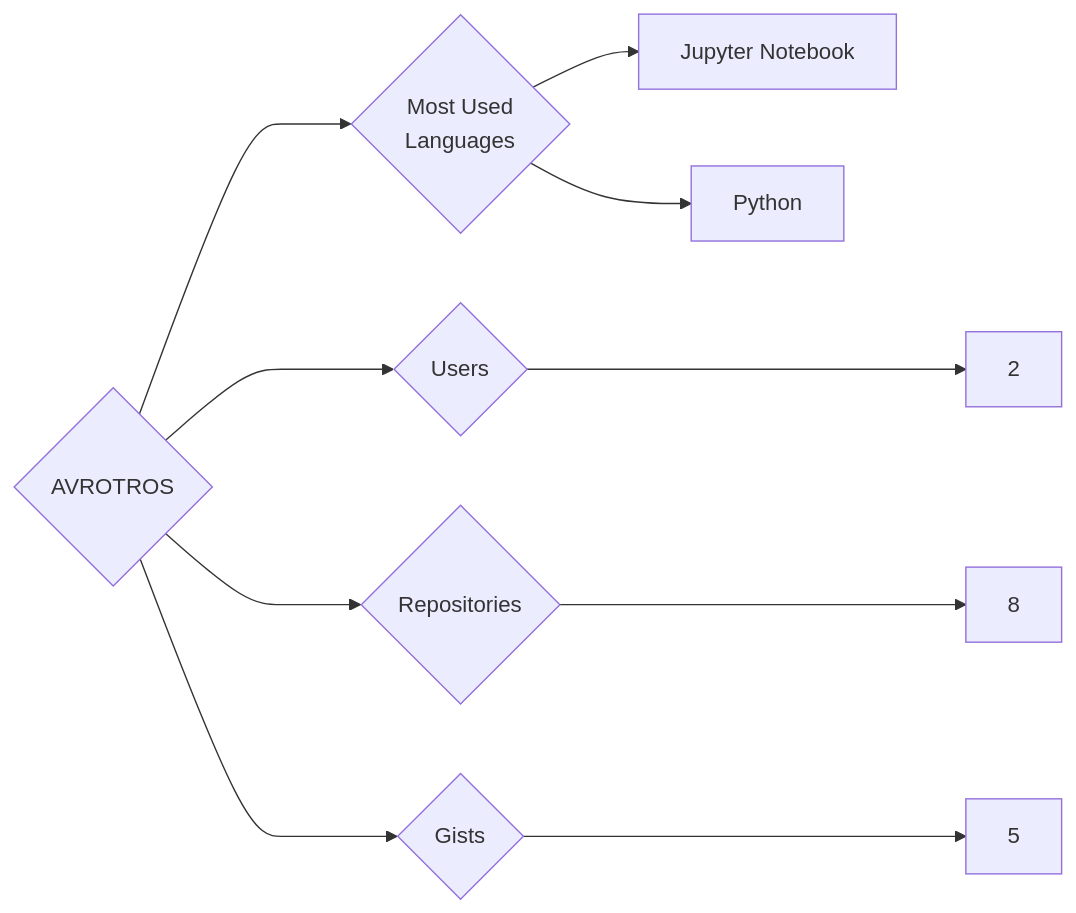
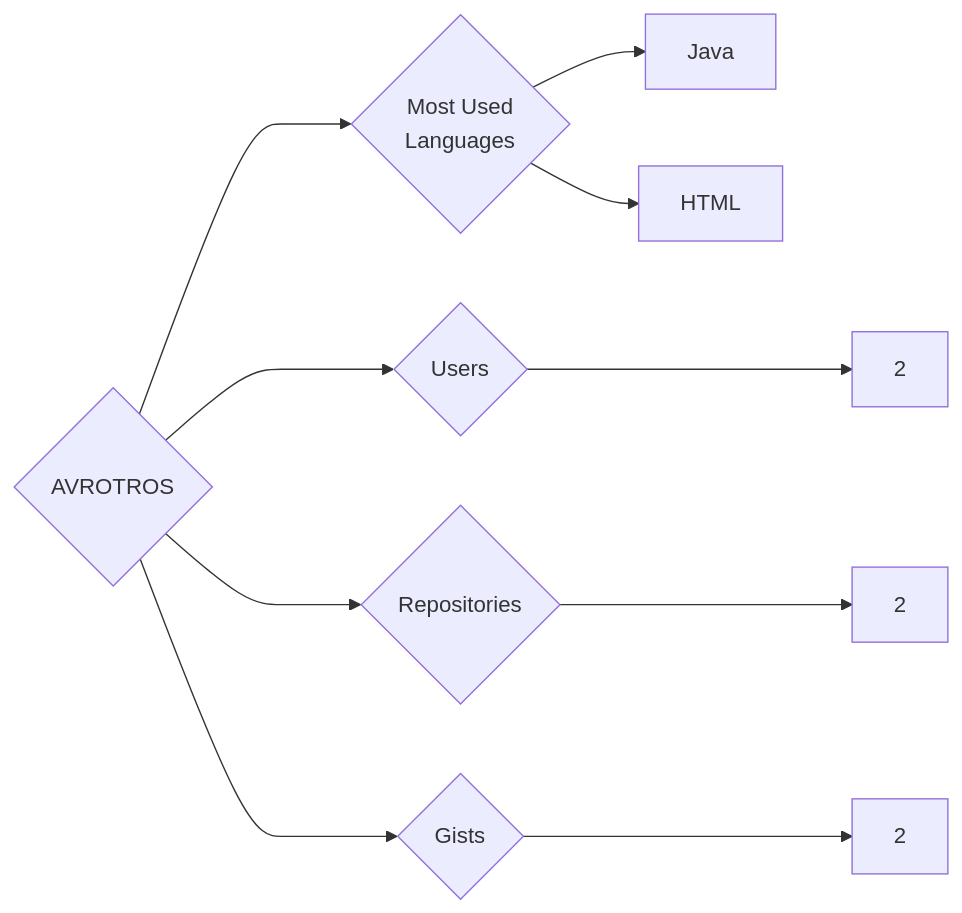
The diagram in targets/AVROTROS/README.md (trickest/insiders), drawn with Mermaid before and after one commit. The commit also changed 912 other files, not shown here.

````diff
--- a/targets/AVROTROS/README.md
+++ b/targets/AVROTROS/README.md
@@ -3,10 +3,10 @@
 ```mermaid
 graph LR
 COMPANY_NAME{AVROTROS}
 COMPANY_NAME ---> U{Users} ---> UN[2]
-COMPANY_NAME ---> R{Repositories} ---> RN[8]
-COMPANY_NAME ---> G{Gists} ---> GN[5]
+COMPANY_NAME ---> R{Repositories} ---> RN[2]
+COMPANY_NAME ---> G{Gists} ---> GN[2]
 COMPANY_NAME ---> ML{Most Used<br>Languages}
-ML --> Jupyter_Notebook[Jupyter Notebook]
-ML --> Python[Python]
+ML --> Java[Java]
+ML --> HTML[HTML]
 ```
````
